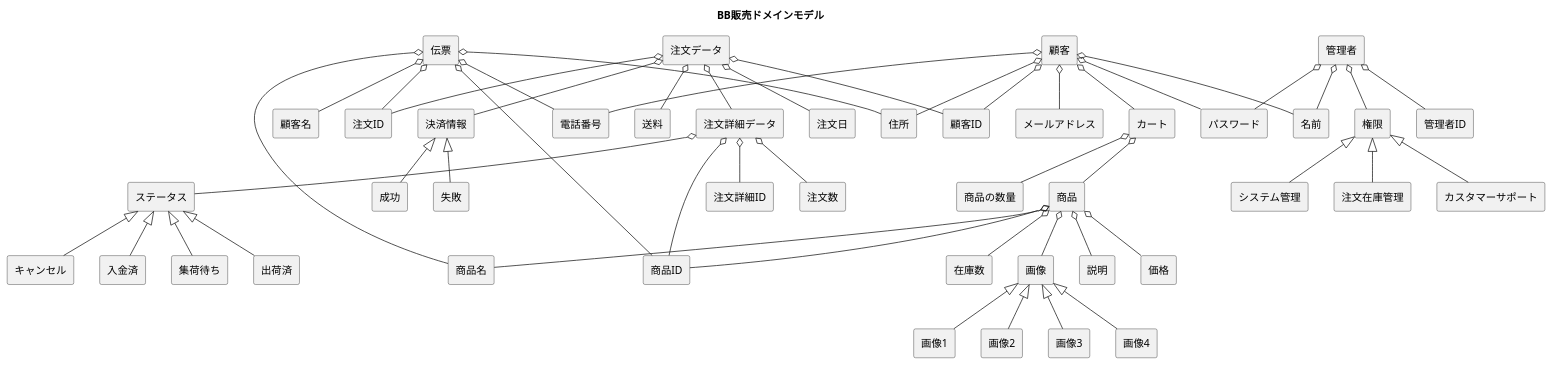
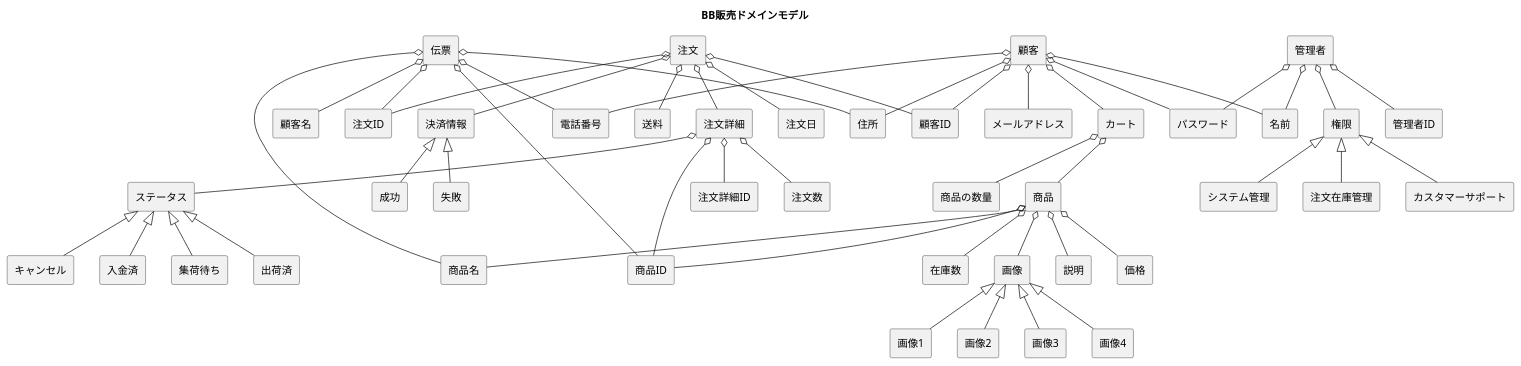
The diagram in BB/domain.pu (FujikawaHirono0520/group3_1_dogdog), drawn with PlantUML before and after one commit. The commit also changed 2 other files, not shown here.

```diff
--- a/BB/domain.pu
+++ b/BB/domain.pu
@@ -1,83 +1,83 @@
 @startuml
 
 title BB販売ドメインモデル
 skinparam componentStyle rectangle
 [顧客] o-- [顧客ID]
 [顧客] o-- [名前]
 [顧客] o-- [住所]
 [顧客] o-- [電話番号]
 [顧客] o-- [メールアドレス]
 [顧客] o-- [パスワード]
 ' [顧客] o-- [注文履歴]
 [顧客] o-- [カート]
 
 [管理者] o-- [管理者ID]
 [管理者] o-- [名前]
 [管理者] o-- [パスワード]
 [管理者] o-- [権限]
 
 [権限] <|-- [システム管理]
 [権限] <|-- [注文在庫管理]
 [権限] <|-- [カスタマーサポート]
 
 ' 顧客に表示される情報
-' [注文履歴] o-- [注文データ]
+' [注文履歴] o-- [注文]
 ' [注文履歴] o-- [顧客ID]
 ' [注文履歴] o-- [注文ID]
 ' [注文履歴] o-- [注文日]
 ' [注文履歴] o-- [商品ID]
 ' [注文履歴] o-- [商品名]
 ' [注文履歴] o-- [ステータス]
 
 
 [カート] o-- [商品]
 ' [カート] o-- [商品ID]
 ' [カート] o-- [商品名]
 ' [カート] o-- [商品価格]
 ' 画像は商品に設定された画像1
 ' [カート] o-- [画像1]
 [カート] o-- [商品の数量]
 
 ' 注文在庫管理者に表示される情報
-[注文データ] o-- [注文ID]
-[注文データ] o-- [顧客ID]
-[注文データ] o-- [注文詳細データ]
-[注文データ] o-- [注文日]
-[注文データ] o-- [送料]
-[注文データ] o-- [決済情報]
+[注文] o-- [注文ID]
+[注文] o-- [顧客ID]
+[注文] o-- [注文詳細]
+[注文] o-- [注文日]
+[注文] o-- [送料]
+[注文] o-- [決済情報]
 
-[注文詳細データ] o-- [注文詳細ID]
-[注文詳細データ] o-- [商品ID]
-[注文詳細データ] o-- [注文数]
-[注文詳細データ] o-- [ステータス]
+[注文詳細] o-- [注文詳細ID]
+[注文詳細] o-- [商品ID]
+[注文詳細] o-- [注文数]
+[注文詳細] o-- [ステータス]
 
 [ステータス] <|-- [入金済]
 [ステータス] <|-- [集荷待ち] 
 [ステータス] <|-- [出荷済]
 [ステータス] <|-- [キャンセル]
 
 ' 配送用の伝票に印字される情報
 [伝票] o-- [注文ID]
 [伝票] o-- [商品ID]
 [伝票] o-- [商品名]
 [伝票] o-- [顧客名]
 [伝票] o-- [住所]
 [伝票] o-- [電話番号]
 
 [決済情報] <|-- [成功]
 [決済情報] <|-- [失敗]
 
 ' 商品ページ用
 [商品] o-- [商品ID]
 [商品] o-- [商品名]
 [商品] o-- [説明]
 [商品] o-- [価格]
 [商品] o-- [在庫数]
 ' 画像1はNOT NULL
 [商品] o-- [画像]
 [画像] <|-- [画像1]
 [画像] <|-- [画像2]
 [画像] <|-- [画像3]
 [画像] <|-- [画像4]
 
 @enduml
```
